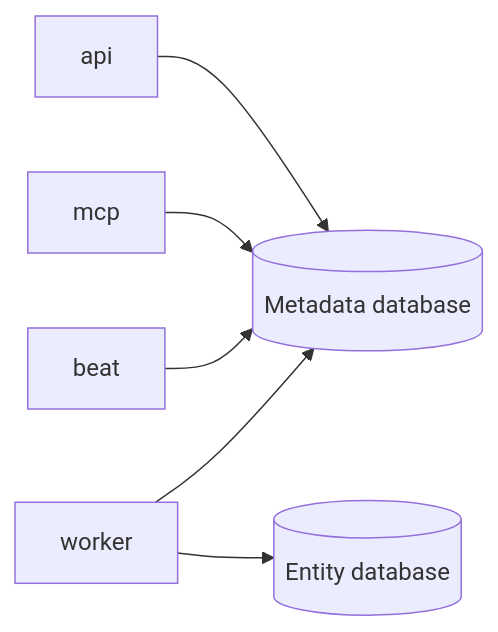
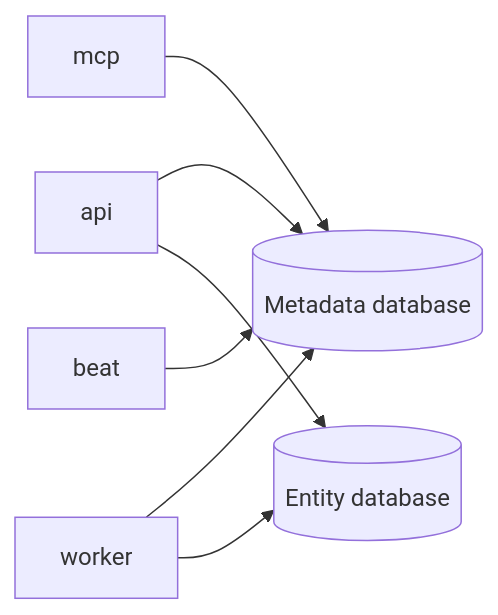
The diagram in docs/architecture.md (hughluang/refraq), drawn with Mermaid before and after one commit. The commit also changed other lines of this file and 36 other files, not shown here.

````diff
--- a/docs/architecture.md
+++ b/docs/architecture.md
@@ -79,14 +79,15 @@
 ```mermaid
 flowchart LR
   api[api]
   mcp[mcp]
   worker[worker]
   beat[beat]
   meta[(Metadata database)]
   entitydb[(Entity database)]
   api --> meta
+  api --> entitydb
   mcp --> meta
   beat --> meta
   worker --> meta
   worker --> entitydb
 ```
````
